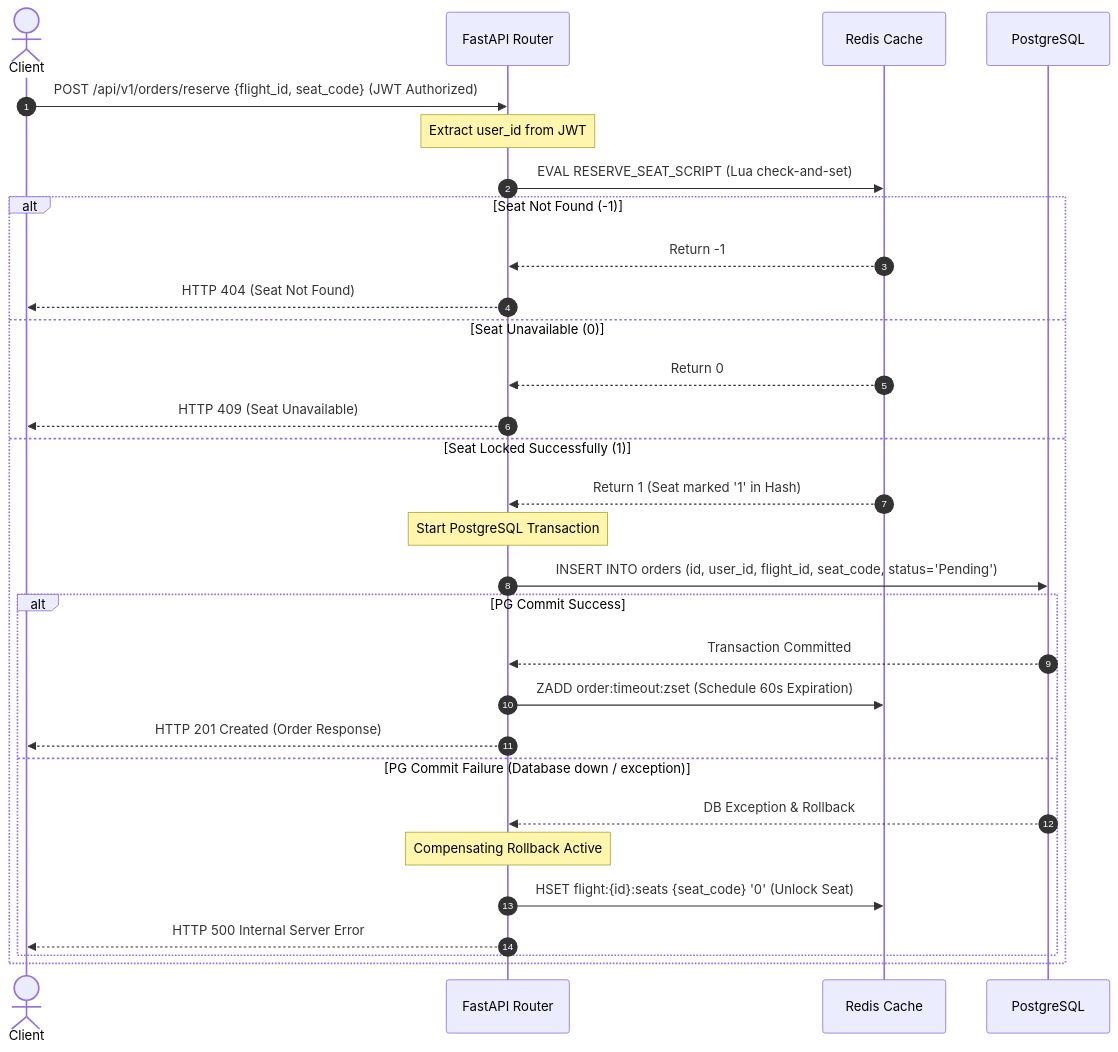
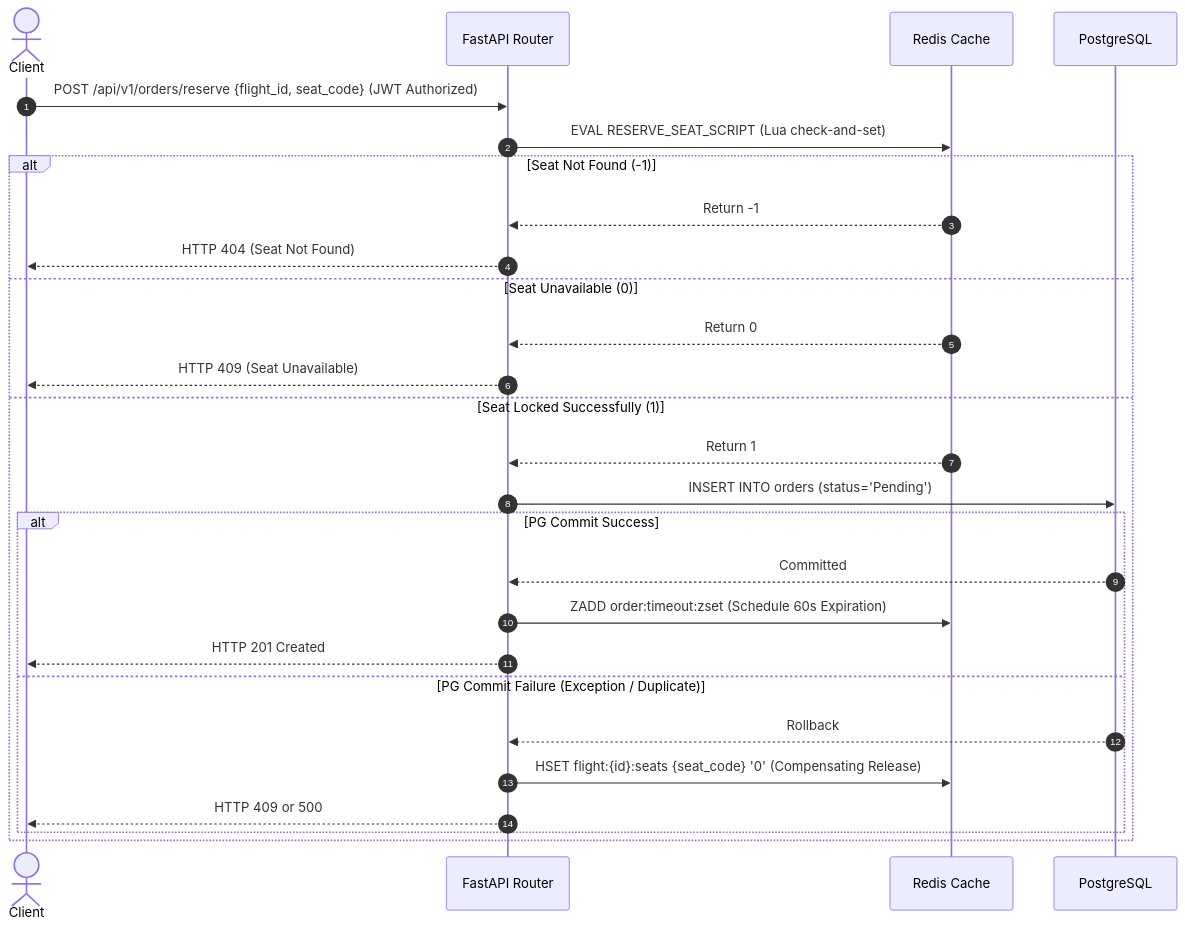
One commit to DEM-YU/flight_backend_project changed the first of 2 diagrams in README.md. Above: the diagram before and after it, drawn with Mermaid. The commit also changed other lines of this file, not shown here.

````diff
--- a/README.md
+++ b/README.md
@@ -26,35 +94,30 @@
 ```mermaid
 sequenceDiagram
     autonumber
     actor Client
     participant API as FastAPI Router
     participant Redis as Redis Cache
     participant DB as PostgreSQL
 
     Client->>API: POST /api/v1/orders/reserve {flight_id, seat_code} (JWT Authorized)
-    Note over API: Extract user_id from JWT
     API->>Redis: EVAL RESERVE_SEAT_SCRIPT (Lua check-and-set)
     alt Seat Not Found (-1)
         Redis-->>API: Return -1
         API-->>Client: HTTP 404 (Seat Not Found)
     else Seat Unavailable (0)
         Redis-->>API: Return 0
         API-->>Client: HTTP 409 (Seat Unavailable)
     else Seat Locked Successfully (1)
-        Redis-->>API: Return 1 (Seat marked '1' in Hash)
-        
-        Note over API: Start PostgreSQL Transaction
-        API->>DB: INSERT INTO orders (id, user_id, flight_id, seat_code, status='Pending')
-        
+        Redis-->>API: Return 1
+        API->>DB: INSERT INTO orders (status='Pending')
         alt PG Commit Success
-            DB-->>API: Transaction Committed
+            DB-->>API: Committed
             API->>Redis: ZADD order:timeout:zset (Schedule 60s Expiration)
-            API-->>Client: HTTP 201 Created (Order Response)
-        else PG Commit Failure (Database down / exception)
-            DB-->>API: DB Exception & Rollback
-            Note over API: Compensating Rollback Active
-            API->>Redis: HSET flight:{id}:seats {seat_code} '0' (Unlock Seat)
-            API-->>Client: HTTP 500 Internal Server Error
+            API-->>Client: HTTP 201 Created
+        else PG Commit Failure (Exception / Duplicate)
+            DB-->>API: Rollback
+            API->>Redis: HSET flight:{id}:seats {seat_code} '0' (Compensating Release)
+            API-->>Client: HTTP 409 or 500
         end
     end
 ```
````
